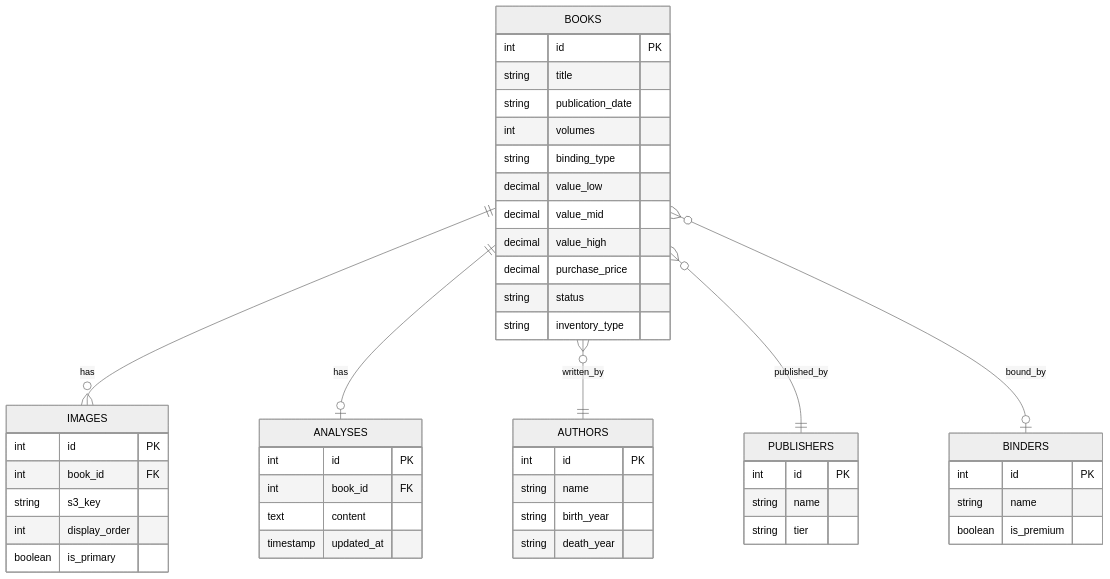
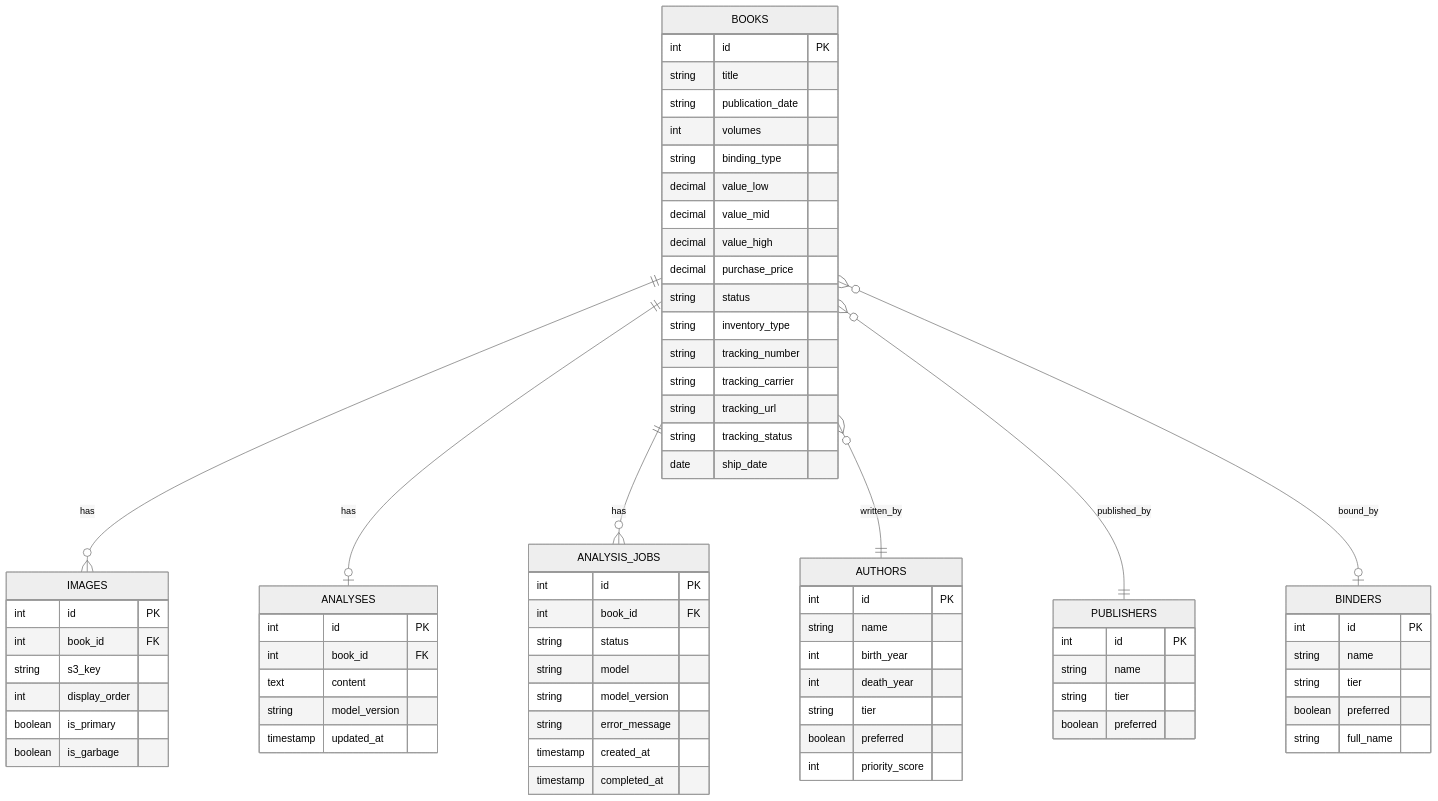
Before and after one commit to markthebest12/bluemoxon: the eighth of 9 diagrams in docs/ARCHITECTURE.md, drawn with Mermaid (neutral theme). The commit also changed other lines of this file and 17 other files, not shown here.

````diff
--- a/docs/ARCHITECTURE.md
+++ b/docs/ARCHITECTURE.md
@@ -252,56 +377,81 @@
 ```mermaid
 erDiagram
     BOOKS ||--o{ IMAGES : has
     BOOKS ||--o| ANALYSES : has
+    BOOKS ||--o{ ANALYSIS_JOBS : has
     BOOKS }o--|| AUTHORS : written_by
     BOOKS }o--|| PUBLISHERS : published_by
     BOOKS }o--o| BINDERS : bound_by
 
     BOOKS {
         int id PK
         string title
         string publication_date
         int volumes
         string binding_type
         decimal value_low
         decimal value_mid
         decimal value_high
         decimal purchase_price
         string status
         string inventory_type
+        string tracking_number
+        string tracking_carrier
+        string tracking_url
+        string tracking_status
+        date ship_date
     }
 
     AUTHORS {
         int id PK
         string name
-        string birth_year
-        string death_year
+        int birth_year
+        int death_year
+        string tier
+        boolean preferred
+        int priority_score
     }
 
     PUBLISHERS {
         int id PK
         string name
         string tier
+        boolean preferred
     }
 
     BINDERS {
         int id PK
         string name
-        boolean is_premium
+        string tier
+        boolean preferred
+        string full_name
     }
 
     IMAGES {
         int id PK
         int book_id FK
         string s3_key
         int display_order
         boolean is_primary
+        boolean is_garbage
     }
 
     ANALYSES {
         int id PK
         int book_id FK
         text content
+        string model_version
         timestamp updated_at
     }
+
+    ANALYSIS_JOBS {
+        int id PK
+        int book_id FK
+        string status
+        string model
+        string model_version
+        string error_message
+        timestamp created_at
+        timestamp completed_at
+    }
 ```
````
